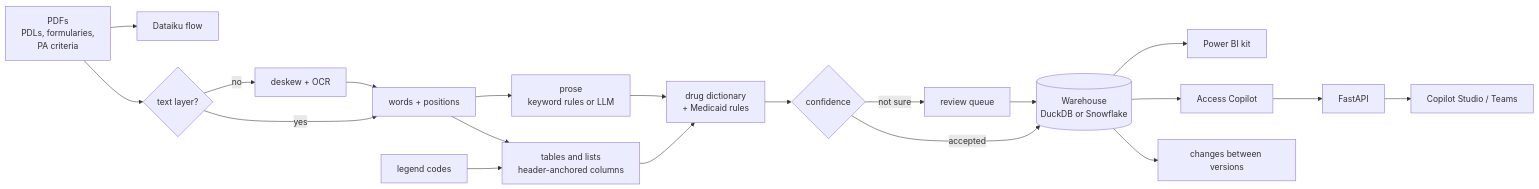
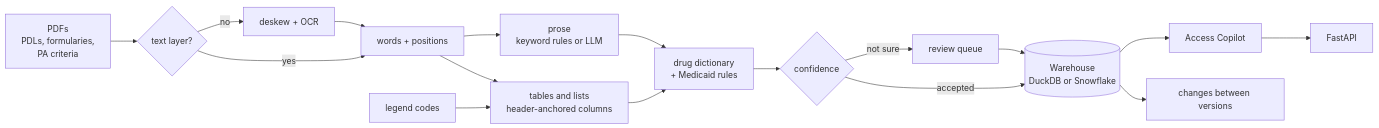
The diagram in README.md (faizanreza-cs/PDLwatch), drawn with Mermaid before and after one commit. The commit also changed other lines of this file and 2 other files, not shown here.

````diff
--- a/README.md
+++ b/README.md
@@ -155,16 +165,14 @@
 ```mermaid
 flowchart LR
     PDF[PDFs<br/>PDLs, formularies,<br/>PA criteria] --> TXT{text layer?}
     TXT -- yes --> W[words + positions]
     TXT -- no --> OCR[deskew + OCR] --> W
     W --> T[tables and lists<br/>header-anchored columns]
     W --> PR[prose<br/>keyword rules or LLM]
     LEG[legend codes] --> T
     T & PR --> N[drug dictionary<br/>+ Medicaid rules] --> S{confidence}
     S -- accepted --> WH[(Warehouse<br/>DuckDB or Snowflake)]
     S -- not sure --> RQ[review queue] --> WH
     WH --> CH[changes between versions]
-    WH --> AG[Access Copilot] --> API[FastAPI] --> CS[Copilot Studio / Teams]
-    WH --> PBI[Power BI kit]
-    PDF --> DKU[Dataiku flow]
+    WH --> AG[Access Copilot] --> API[FastAPI]
 ```
````
